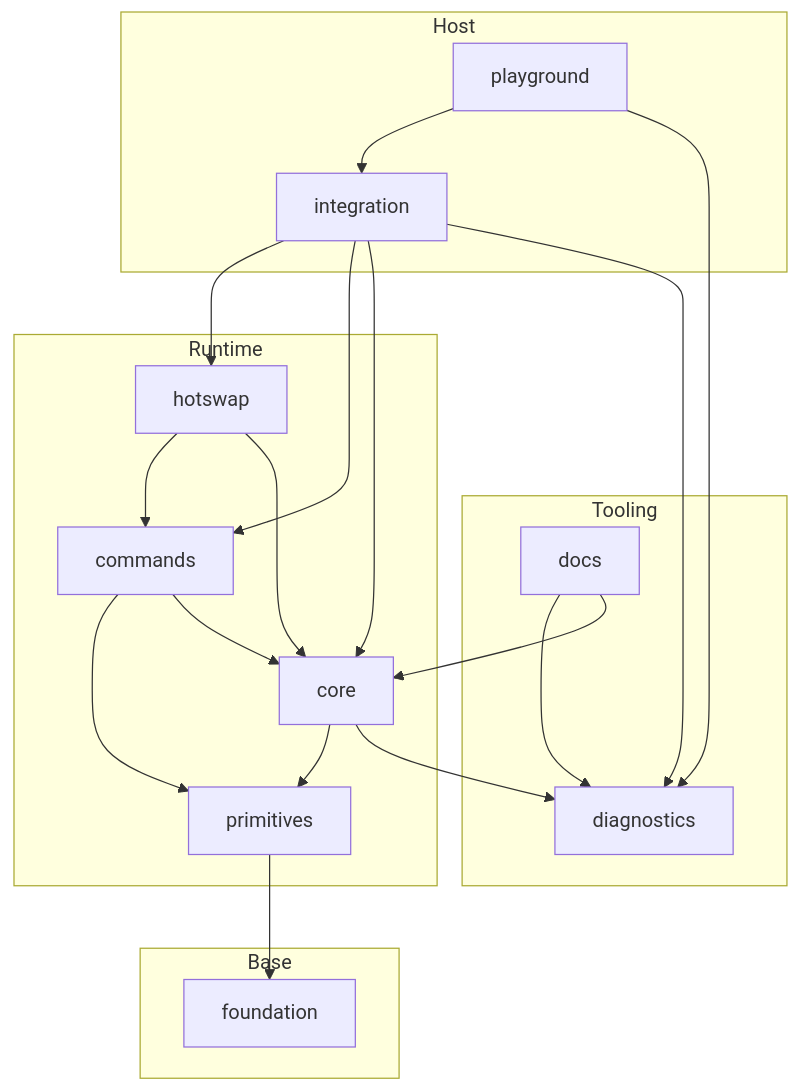
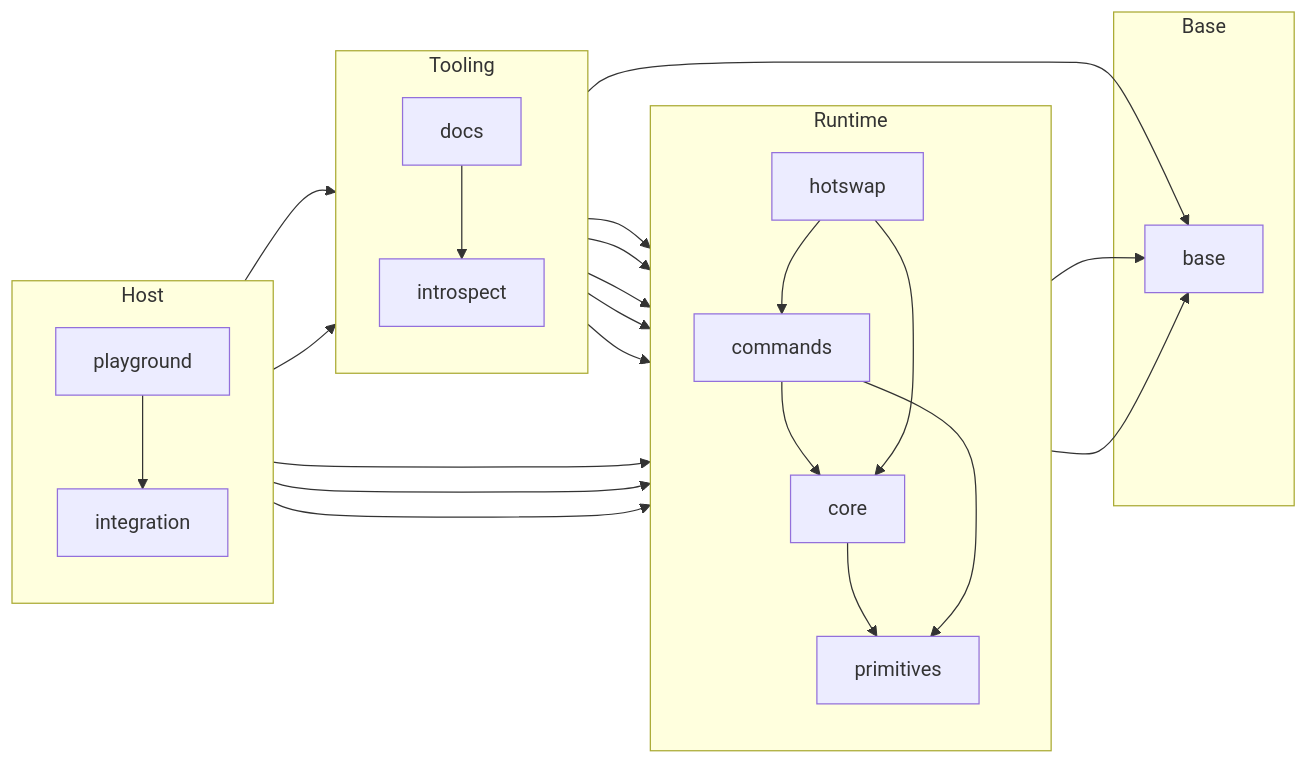
Before and after one commit to maikeleckelboom/seqlok-boundary-substrate-rd: the diagram in packages/README.md, drawn with Mermaid. The commit also changed other lines of this file and 267 other files, not shown here.

First line of the commit message:
refactor(errors): split core error system into base/primitives/introspect

````diff
--- a/packages/README.md
+++ b/packages/README.md
@@ -41,39 +51,56 @@
 ```mermaid
-flowchart TB
+flowchart LR
+  %% Layering left → right: Base → Runtime → Tooling → Host
+
   subgraph Base
-    foundation
+    base
   end
 
   subgraph Runtime
+    direction TB
+    hotswap
+    commands
+    core
     primitives
-    core
-    commands
-    hotswap
+  end
+
+  subgraph Tooling
+    direction TB
+    introspect
+    docs
   end
 
   subgraph Host
+    direction TB
     integration
     playground
   end
 
-  subgraph Tooling
-    diagnostics
-    docs
-  end
-
-  primitives --> foundation
+  %% Runtime
+  primitives --> base
   core --> primitives
-  core --> diagnostics
+  core --> base
+  commands --> core
   commands --> primitives
-  commands --> core
   hotswap --> commands
   hotswap --> core
+
+  %% Host
   integration --> hotswap
   integration --> commands
   integration --> core
-  integration --> diagnostics
+  integration --> introspect
+
   playground --> integration
-  playground --> diagnostics
-  docs --> diagnostics
+  playground --> introspect
+
+  %% Tooling (observatory above Runtime)
+  introspect --> base
+  introspect --> primitives
+  introspect --> core
+  introspect --> commands
+  introspect --> hotswap
+
+  docs --> introspect
   docs --> core
 ```
````
